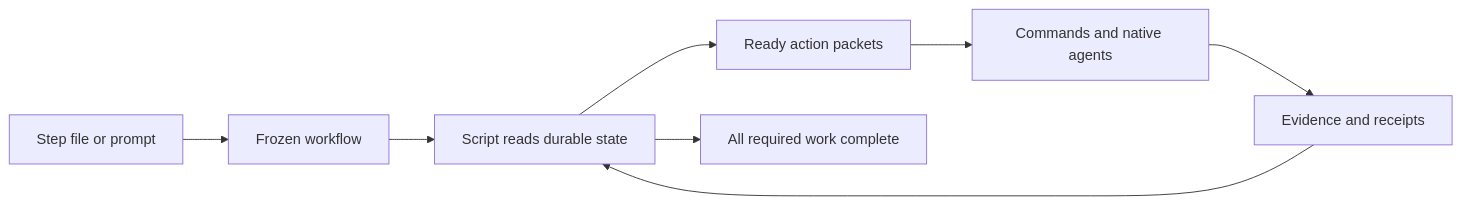
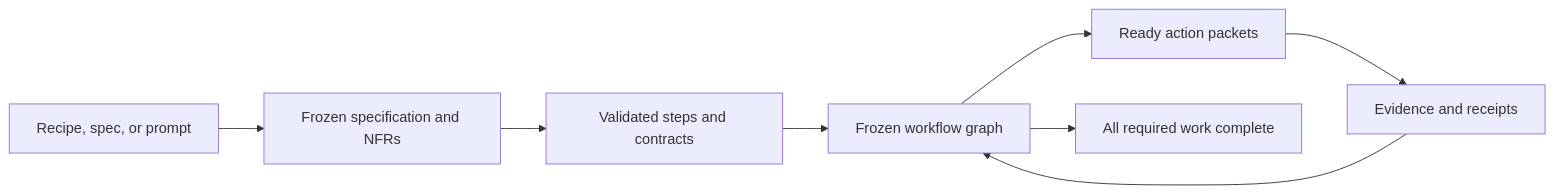
Before and after one commit to whichguy/workflow-engine: the first of 2 diagrams in README.md, drawn with Mermaid. The commit also changed other lines of this file and 49 other files, not shown here.

Commit message:
Require frozen specifications and atomic requirement-linked workflow steps

````diff
--- a/README.md
+++ b/README.md
@@ -10,10 +13,10 @@
 ```mermaid
 flowchart LR
-  A[Step file or prompt] --> B[Frozen workflow]
-  B --> C[Script reads durable state]
-  C --> D[Ready action packets]
-  D --> E[Commands and native agents]
+  A[Recipe, spec, or prompt] --> B[Frozen specification and NFRs]
+  B --> C[Validated steps and contracts]
+  C --> D[Frozen workflow graph]
+  D --> E[Ready action packets]
   E --> F[Evidence and receipts]
-  F --> C
-  C --> G[All required work complete]
+  F --> D
+  D --> G[All required work complete]
 ```
````
